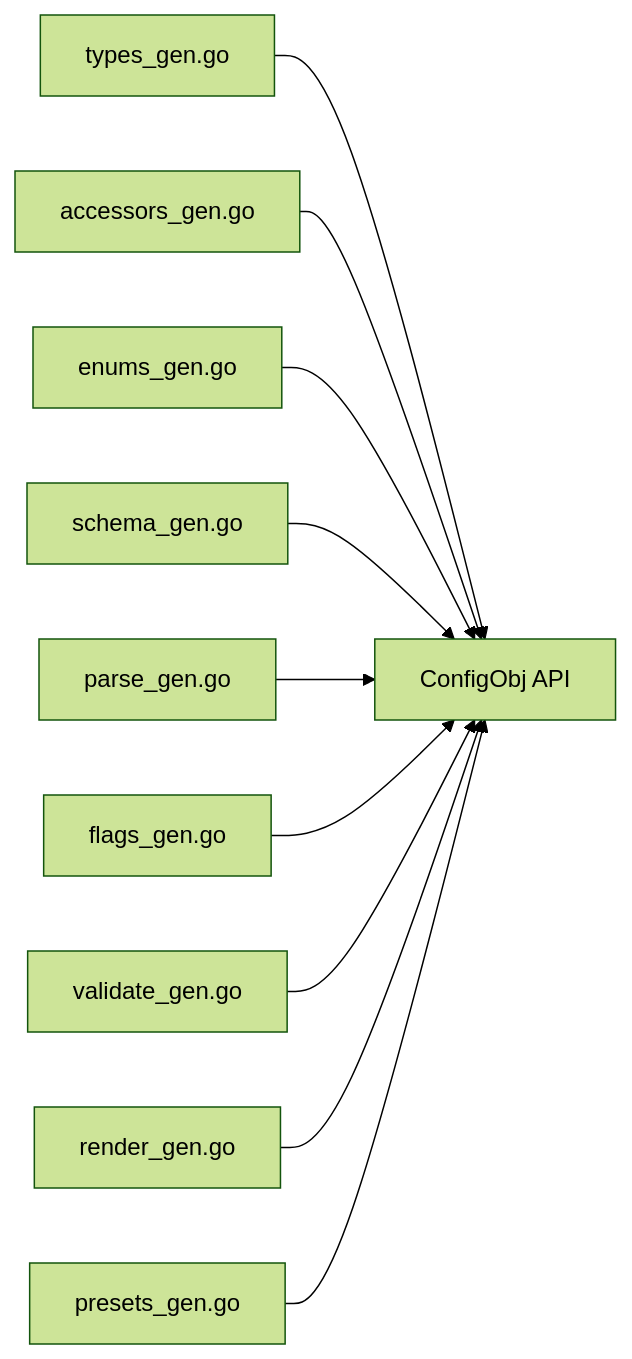
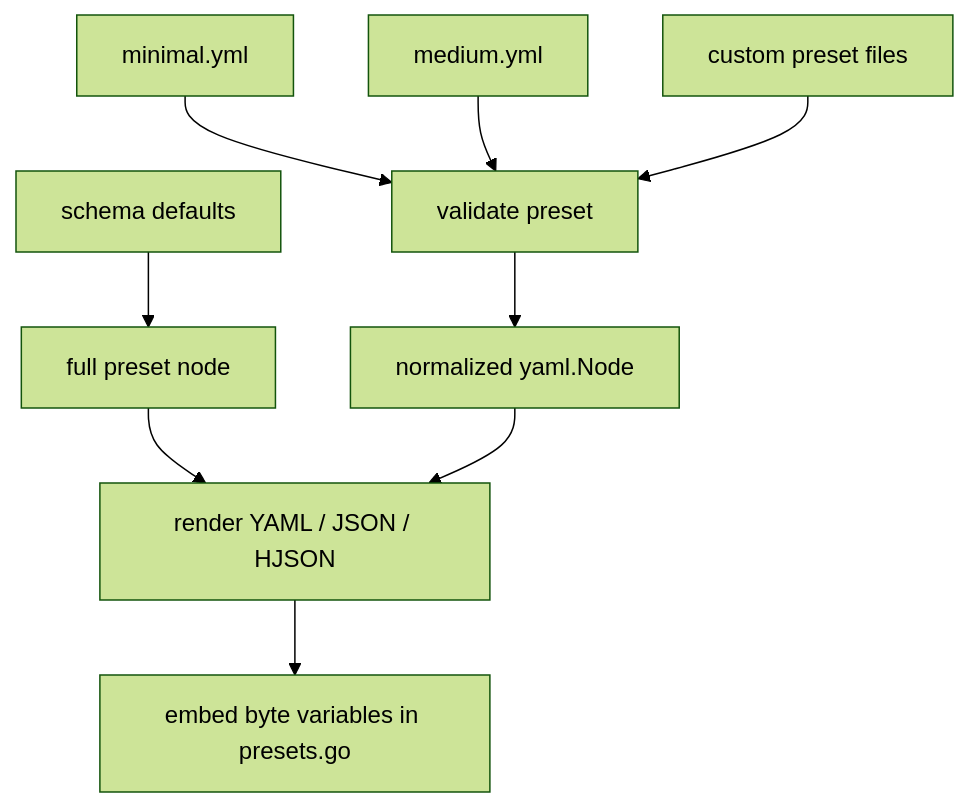
The tenth of 11 diagrams in README.md (amazing-generators/goconfgen), drawn with Mermaid (forest theme) before and after one commit. The commit also changed other lines of this file and 138 other files, not shown here.

````diff
--- a/README.md
+++ b/README.md
@@ -320,12 +487,11 @@
 ```mermaid
-flowchart LR
-  A["types_gen.go"] --> Z["ConfigObj API"]
-  B["accessors_gen.go"] --> Z
-  C["enums_gen.go"] --> Z
-  D["schema_gen.go"] --> Z
-  E["parse_gen.go"] --> Z
-  F["flags_gen.go"] --> Z
-  G["validate_gen.go"] --> Z
-  H["render_gen.go"] --> Z
-  I["presets_gen.go"] --> Z
+flowchart TD
+    A["schema defaults"] --> B["full preset node"]
+    C["minimal.yml"] --> D["validate preset"]
+    E["medium.yml"] --> D
+    F["custom preset files"] --> D
+    D --> G["normalized yaml.Node"]
+    B --> H["render YAML / JSON / HJSON"]
+    G --> H
+    H --> I["embed byte variables in presets.go"]
 ```
````
